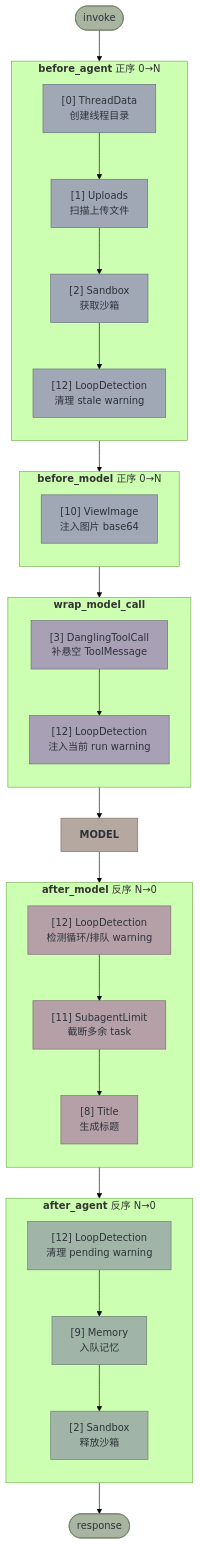
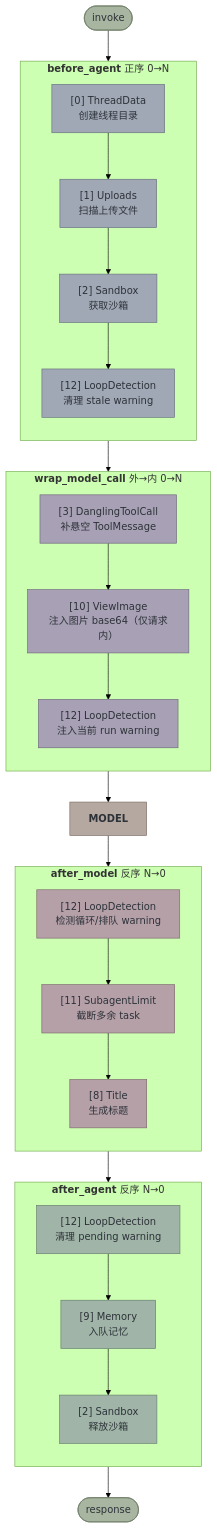
One commit to bytedance/deer-flow changed the first of 4 diagrams in backend/docs/middleware-execution-flow.md. Above: the diagram before and after it, drawn with Mermaid (forest theme). The commit also changed other lines of this file and 5 other files, not shown here.

````diff
--- a/backend/docs/middleware-execution-flow.md
+++ b/backend/docs/middleware-execution-flow.md
@@ -32,52 +32,46 @@
 ```mermaid
 graph TB
     START(["invoke"]) --> TD
 
     subgraph BA ["<b>before_agent</b> 正序 0→N"]
         direction TB
         TD["[0] ThreadData<br/>创建线程目录"] --> UL["[1] Uploads<br/>扫描上传文件"] --> SB["[2] Sandbox<br/>获取沙箱"] --> LD_BA["[12] LoopDetection<br/>清理 stale warning"]
     end
 
-    subgraph BM ["<b>before_model</b> 正序 0→N"]
+    subgraph WM ["<b>wrap_model_call</b> 外→内 0→N"]
         direction TB
-        VI["[10] ViewImage<br/>注入图片 base64"]
+        DTC_WM["[3] DanglingToolCall<br/>补悬空 ToolMessage"] --> VI["[10] ViewImage<br/>注入图片 base64（仅请求内）"] --> LD_WM["[12] LoopDetection<br/>注入当前 run warning"]
     end
 
-    subgraph WM ["<b>wrap_model_call</b>"]
-        direction TB
-        DTC_WM["[3] DanglingToolCall<br/>补悬空 ToolMessage"] --> LD_WM["[12] LoopDetection<br/>注入当前 run warning"]
-    end
-
-    LD_BA --> VI
-    VI --> DTC_WM
+    LD_BA --> DTC_WM
     LD_WM --> M["<b>MODEL</b>"]
 
     subgraph AM ["<b>after_model</b> 反序 N→0"]
         direction TB
         LD["[12] LoopDetection<br/>检测循环/排队 warning"] --> SL["[11] SubagentLimit<br/>截断多余 task"] --> TI["[8] Title<br/>生成标题"]
     end
 
     M --> LD
 
     subgraph AA ["<b>after_agent</b> 反序 N→0"]
         direction TB
         LD_CLEAN["[12] LoopDetection<br/>清理 pending warning"] --> MEM["[9] Memory<br/>入队记忆"] --> SBR["[2] Sandbox<br/>释放沙箱"]
     end
 
     TI --> LD_CLEAN
     SBR --> END(["response"])
 
     classDef beforeNode fill:#a0a8b5,stroke:#636b7a,color:#2d3239
     classDef modelNode fill:#b5a8a0,stroke:#7a6b63,color:#2d3239
     classDef wrapModelNode fill:#a8a0b5,stroke:#6b637a,color:#2d3239
     classDef afterModelNode fill:#b5a0a8,stroke:#7a636b,color:#2d3239
     classDef afterAgentNode fill:#a0b5a8,stroke:#637a6b,color:#2d3239
     classDef terminalNode fill:#a8b5a0,stroke:#6b7a63,color:#2d3239
 
-    class TD,UL,SB,LD_BA,VI beforeNode
-    class DTC_WM,LD_WM wrapModelNode
+    class TD,UL,SB,LD_BA beforeNode
+    class DTC_WM,VI,LD_WM wrapModelNode
     class M modelNode
     class LD,SL,TI afterModelNode
     class LD_CLEAN,SBR,MEM afterAgentNode
     class START,END terminalNode
 ```
````
